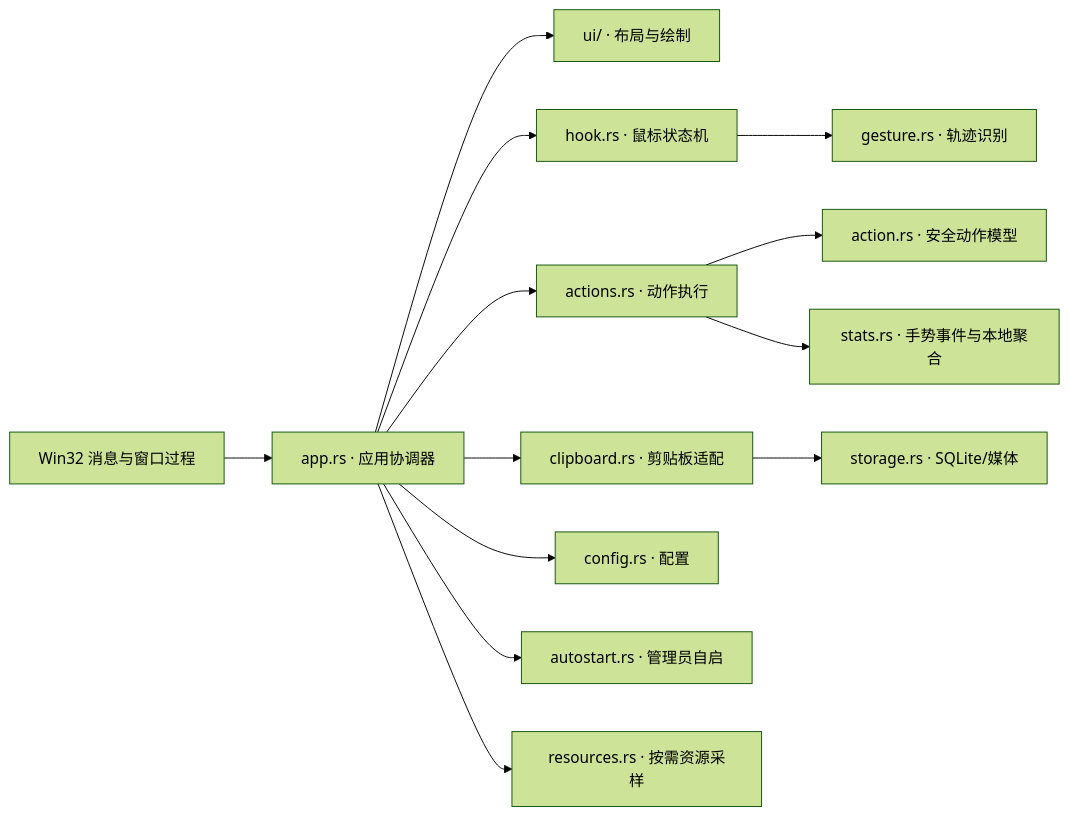
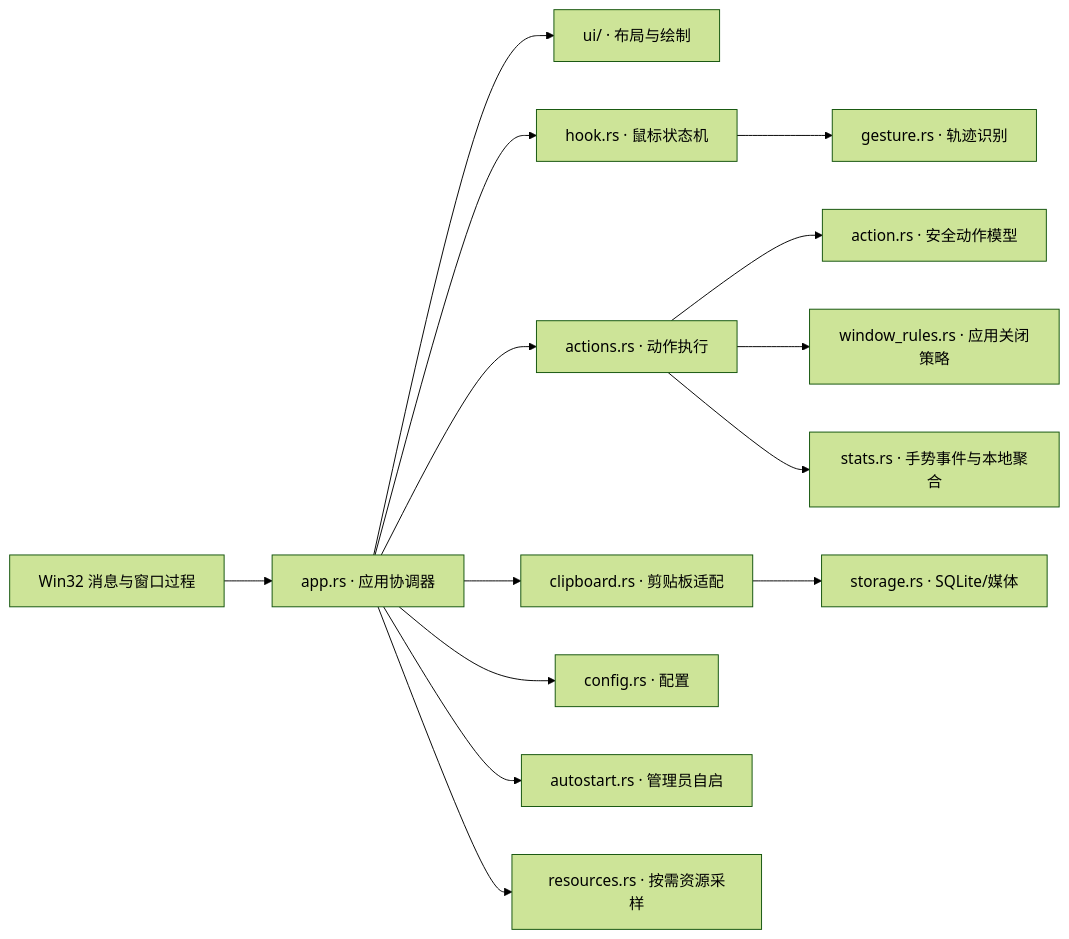
The first of 2 diagrams in docs/ARCHITECTURE.md (cirrusli/Xmouse), drawn with Mermaid (forest theme) before and after one commit. The commit also changed other lines of this file and 28 other files, not shown here.

````diff
--- a/docs/ARCHITECTURE.md
+++ b/docs/ARCHITECTURE.md
@@ -7,15 +7,16 @@
 ```mermaid
 flowchart LR
     Win32["Win32 消息与窗口过程"] --> App["app.rs · 应用协调器"]
     App --> UI["ui/ · 布局与绘制"]
     App --> Hook["hook.rs · 鼠标状态机"]
     App --> Actions["actions.rs · 动作执行"]
     Actions --> ActionModel["action.rs · 安全动作模型"]
+    Actions --> WindowRules["window_rules.rs · 应用关闭策略"]
     App --> Clipboard["clipboard.rs · 剪贴板适配"]
     Clipboard --> Storage["storage.rs · SQLite/媒体"]
     Hook --> Gesture["gesture.rs · 轨迹识别"]
     App --> Config["config.rs · 配置"]
     App --> Autostart["autostart.rs · 管理员自启"]
     App --> Resources["resources.rs · 按需资源采样"]
     Actions --> Stats["stats.rs · 手势事件与本地聚合"]
 ```
````
